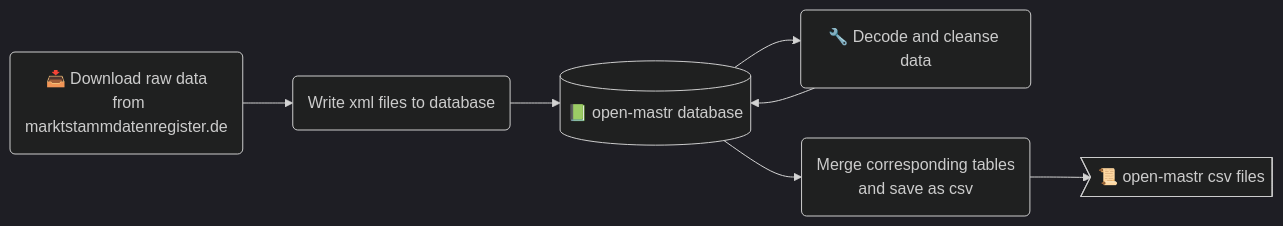
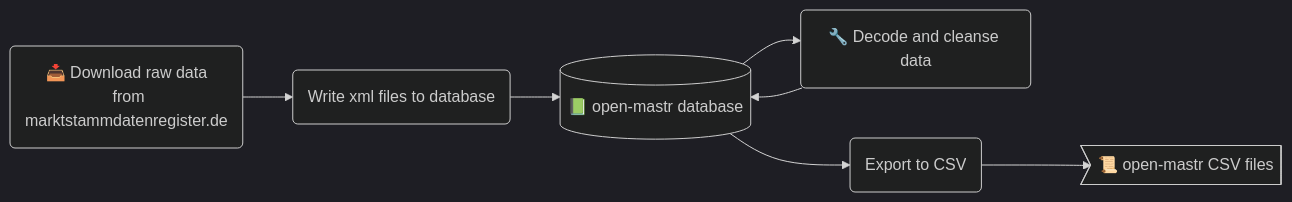
Before and after one commit to OpenEnergyPlatform/open-MaStR: the diagram in docs/advanced.md, drawn with Mermaid (dark theme). The commit also changed other lines of this file and 4 other files, not shown here.

````diff
--- a/docs/advanced.md
+++ b/docs/advanced.md
@@ -128,16 +175,15 @@
 ``` mermaid
 flowchart LR
   id1("📥 Download raw data
   from marktstammdatenregister.de") --> id2(Write xml files to database)
   id2 --> id3[("📗 open-mastr database")]
   id3 --> id4("🔧 Decode and cleanse data")
   id4 --> id3
-  id3 --> id5("Merge corresponding tables
-  and save as csv")
-  id5 --> id6>"📜 open-mastr csv files"]
+  id3 --> id5("Export to CSV")
+  id5 --> id6>"📜 open-mastr CSV files"]
   click id1 "https://www.marktstammdatenregister.de/MaStR/Datendownload" _blank
   click id2 "https://github.com/OpenEnergyPlatform/open-MaStR/blob/7b155a9ebdd5204de8ae6ba7a96036775a1f4aec/open_mastr/xml_download/utils_write_to_database.py#L17C6-L17C6" _blank
   click id4 "https://github.com/OpenEnergyPlatform/open-MaStR/blob/7b155a9ebdd5204de8ae6ba7a96036775a1f4aec/open_mastr/xml_download/utils_cleansing_bulk.py#L10" _blank
   click id5 "https://github.com/OpenEnergyPlatform/open-MaStR/blob/7b155a9ebdd5204de8ae6ba7a96036775a1f4aec/open_mastr/mastr.py#L288" _blank
   click id6 "https://doi.org/10.5281/zenodo.6807425" _blank
 ```
````
